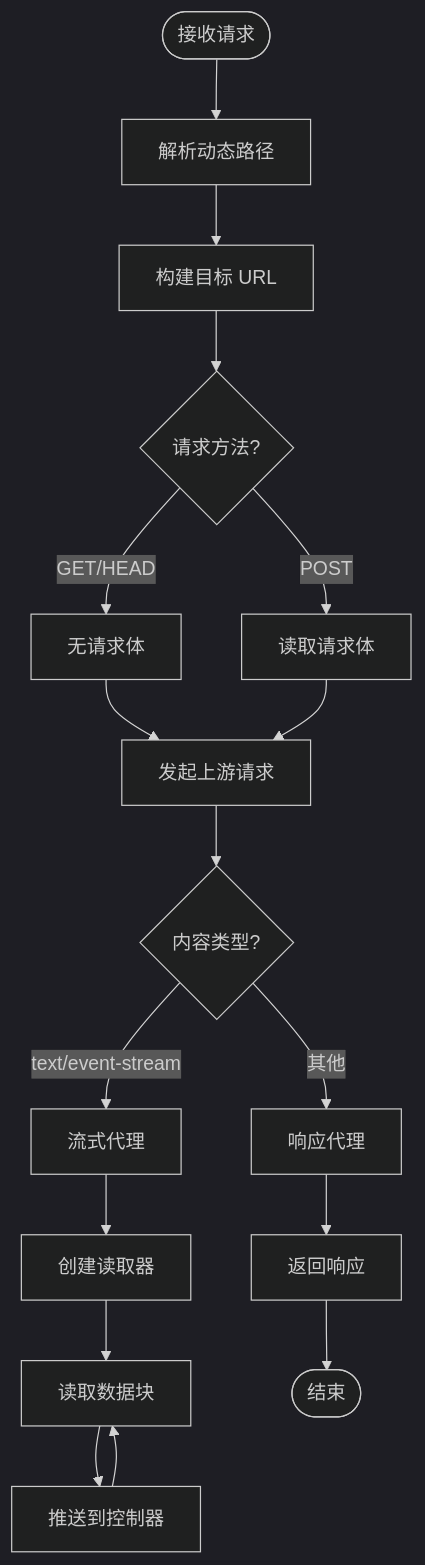
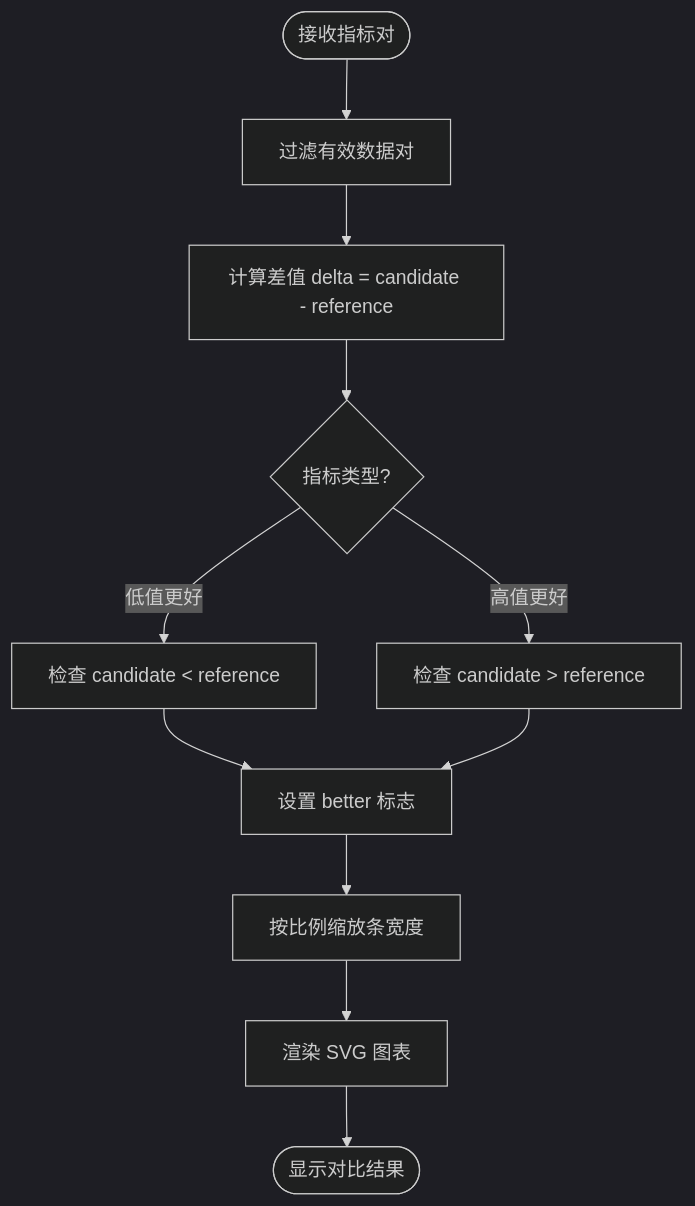
Before and after one commit to joezxh/kev: the third of 6 diagrams in .qoder/repowiki/zh/content/Playground 界面.md, drawn with Mermaid (dark theme). The commit also changed other lines of this file and 101 other files, not shown here.

````diff
--- a/.qoder/repowiki/zh/content/Playground 界面.md
+++ b/.qoder/repowiki/zh/content/Playground 界面.md
@@ -266,19 +310,13 @@
 ```mermaid
 flowchart TD
-Start(["接收请求"]) --> ParsePath["解析动态路径"]
-ParsePath --> BuildTarget["构建目标 URL"]
-BuildTarget --> CheckMethod{"请求方法?"}
-CheckMethod --> |GET/HEAD| NoBody["无请求体"]
-CheckMethod --> |POST| ReadBody["读取请求体"]
-NoBody --> FetchUpstream["发起上游请求"]
-ReadBody --> FetchUpstream
-FetchUpstream --> CheckContentType{"内容类型?"}
-CheckContentType --> |text/event-stream| StreamProxy["流式代理"]
-CheckContentType --> |其他| ResponseProxy["响应代理"]
-StreamProxy --> CreateReader["创建读取器"]
-CreateReader --> ReadChunk["读取数据块"]
-ReadChunk --> Enqueue["推送到控制器"]
-Enqueue --> ReadChunk
-ResponseProxy --> ReturnResponse["返回响应"]
-ReturnResponse --> End(["结束"])
+Start(["接收指标对"]) --> FilterValid["过滤有效数据对"]
+FilterValid --> CalculateDelta["计算差值 delta = candidate - reference"]
+CalculateDelta --> DetermineBetter{"指标类型?"}
+DetermineBetter --> |低值更好| CheckLower["检查 candidate < reference"]
+DetermineBetter --> |高值更好| CheckHigher["检查 candidate > reference"]
+CheckLower --> SetBetter["设置 better 标志"]
+CheckHigher --> SetBetter
+SetBetter --> ScaleWidth["按比例缩放条宽度"]
+ScaleWidth --> RenderSVG["渲染 SVG 图表"]
+RenderSVG --> End(["显示对比结果"])
 ```
````
